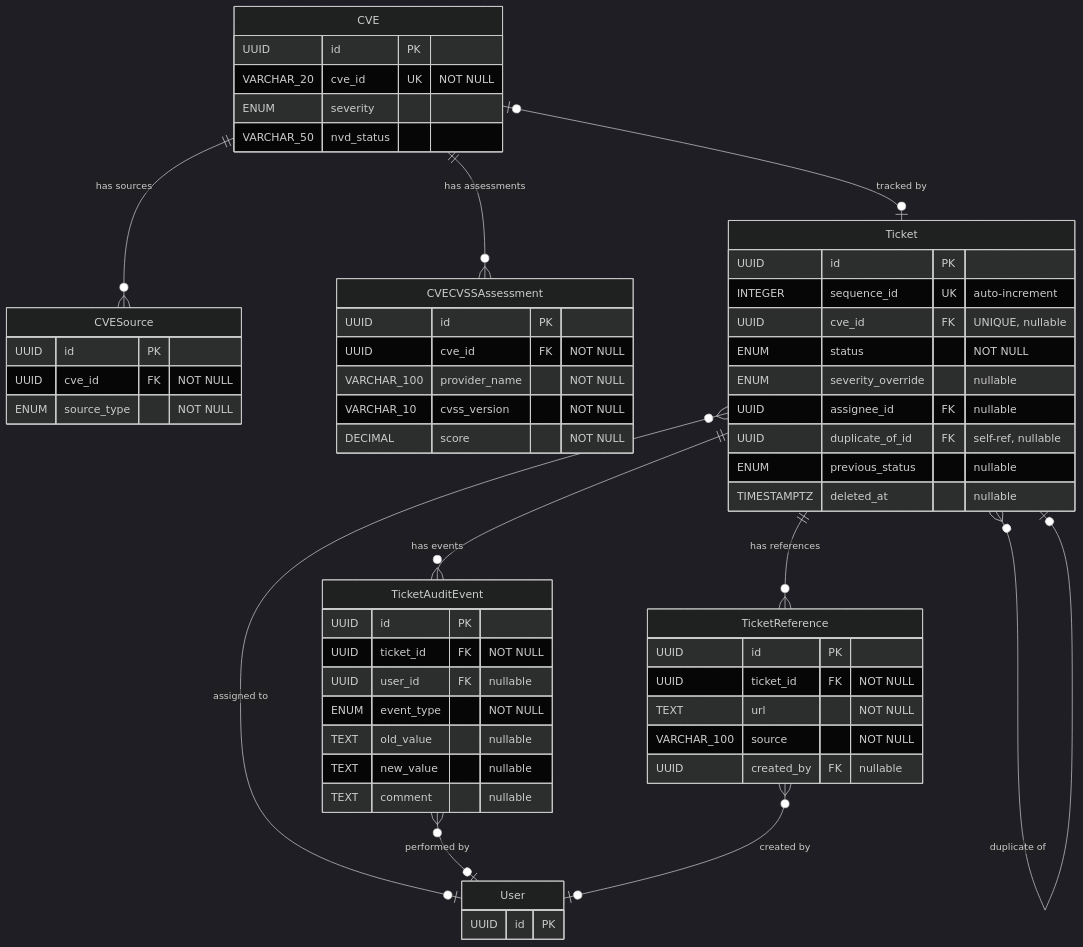
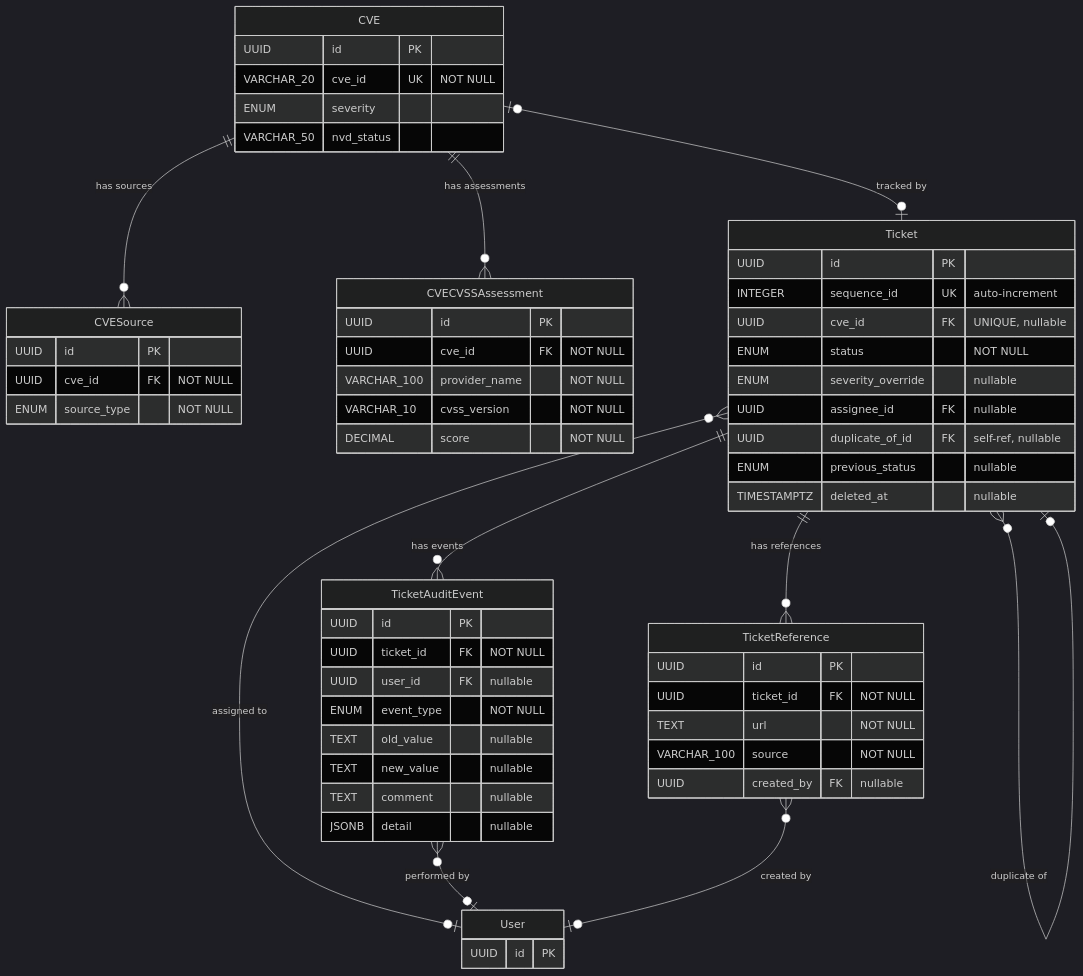
The second of 6 diagrams in docs/data-model.md (StayPirate/STAMP), drawn with Mermaid (dark theme) before and after one commit. The commit also changed other lines of this file and 3 other files, not shown here.

First line of the commit message:
docs: add detail JSONB column to TicketAuditEvent for structured context

````diff
--- a/docs/data-model.md
+++ b/docs/data-model.md
@@ -69,61 +69,62 @@
 ```mermaid
 erDiagram
     CVE {
         UUID id PK
         VARCHAR_20 cve_id UK "NOT NULL"
         ENUM severity
         VARCHAR_50 nvd_status
     }
     CVESource {
         UUID id PK
         UUID cve_id FK "NOT NULL"
         ENUM source_type "NOT NULL"
     }
     CVECVSSAssessment {
         UUID id PK
         UUID cve_id FK "NOT NULL"
         VARCHAR_100 provider_name "NOT NULL"
         VARCHAR_10 cvss_version "NOT NULL"
         DECIMAL score "NOT NULL"
     }
     Ticket {
         UUID id PK
         INTEGER sequence_id UK "auto-increment"
         UUID cve_id FK "UNIQUE, nullable"
         ENUM status "NOT NULL"
         ENUM severity_override "nullable"
         UUID assignee_id FK "nullable"
         UUID duplicate_of_id FK "self-ref, nullable"
         ENUM previous_status "nullable"
         TIMESTAMPTZ deleted_at "nullable"
     }
     TicketAuditEvent {
         UUID id PK
         UUID ticket_id FK "NOT NULL"
         UUID user_id FK "nullable"
         ENUM event_type "NOT NULL"
         TEXT old_value "nullable"
         TEXT new_value "nullable"
         TEXT comment "nullable"
+        JSONB detail "nullable"
     }
     TicketReference {
         UUID id PK
         UUID ticket_id FK "NOT NULL"
         TEXT url "NOT NULL"
         VARCHAR_100 source "NOT NULL"
         UUID created_by FK "nullable"
     }
     User {
         UUID id PK
     }
 
     CVE ||--o{ CVESource : "has sources"
     CVE ||--o{ CVECVSSAssessment : "has assessments"
     CVE |o--o| Ticket : "tracked by"
     Ticket ||--o{ TicketAuditEvent : "has events"
     Ticket ||--o{ TicketReference : "has references"
     Ticket }o--o| User : "assigned to"
     Ticket }o--o| Ticket : "duplicate of"
     TicketAuditEvent }o--o| User : "performed by"
     TicketReference }o--o| User : "created by"
 ```
````
